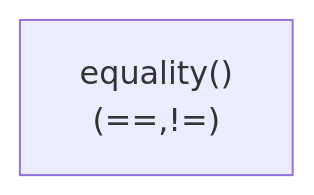
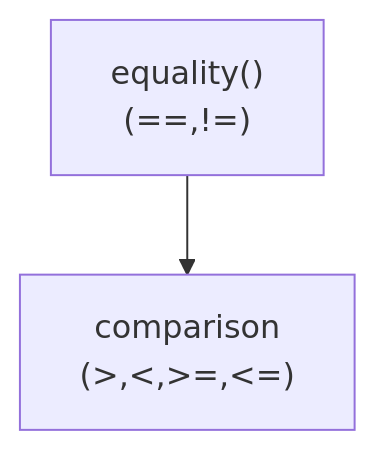
Before and after one commit to Ester45764/Zoo: the second of 2 diagrams in README.md, drawn with Mermaid.

````diff
--- a/README.md
+++ b/README.md
@@ -16,5 +16,7 @@
 ```mermaid
 flowchart TD
-A["`equality()
-(==,!=)`"]
+   A["`equality()
+    (==,!=)`"] --> B["`comparison
+                       (>,<,>=,<=)`"]
+
 ```
````
